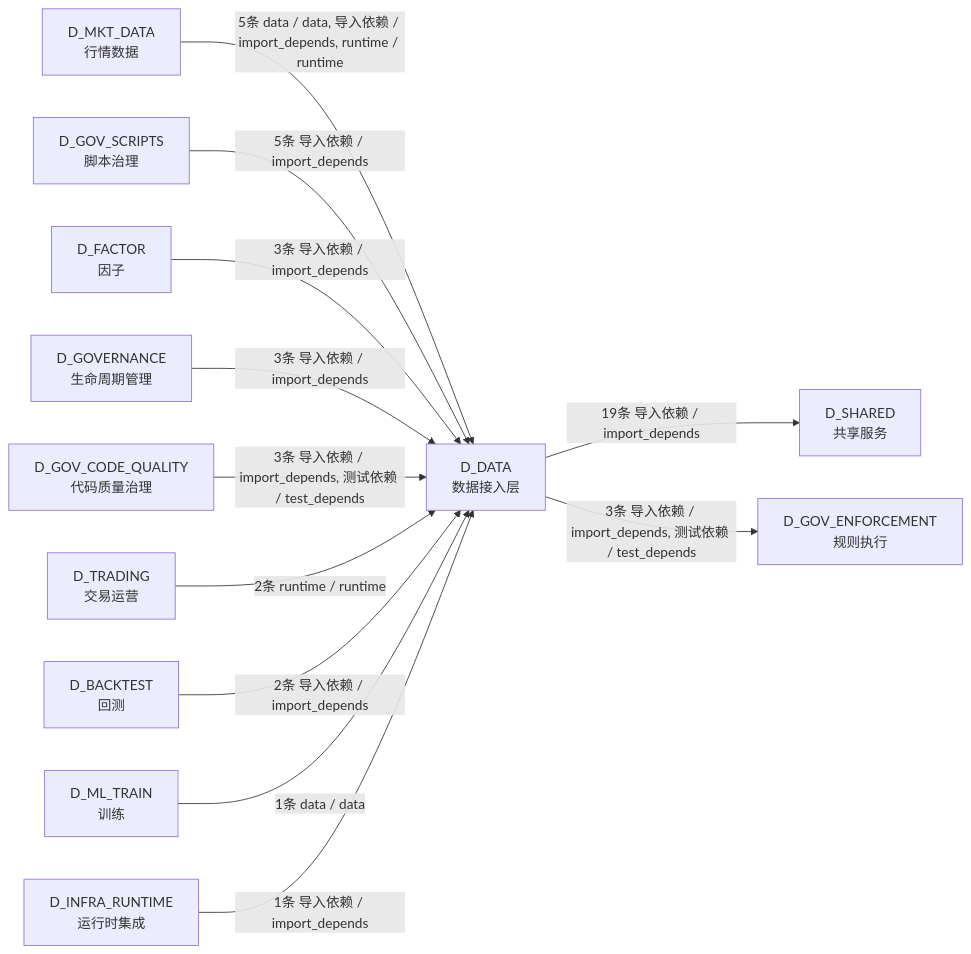
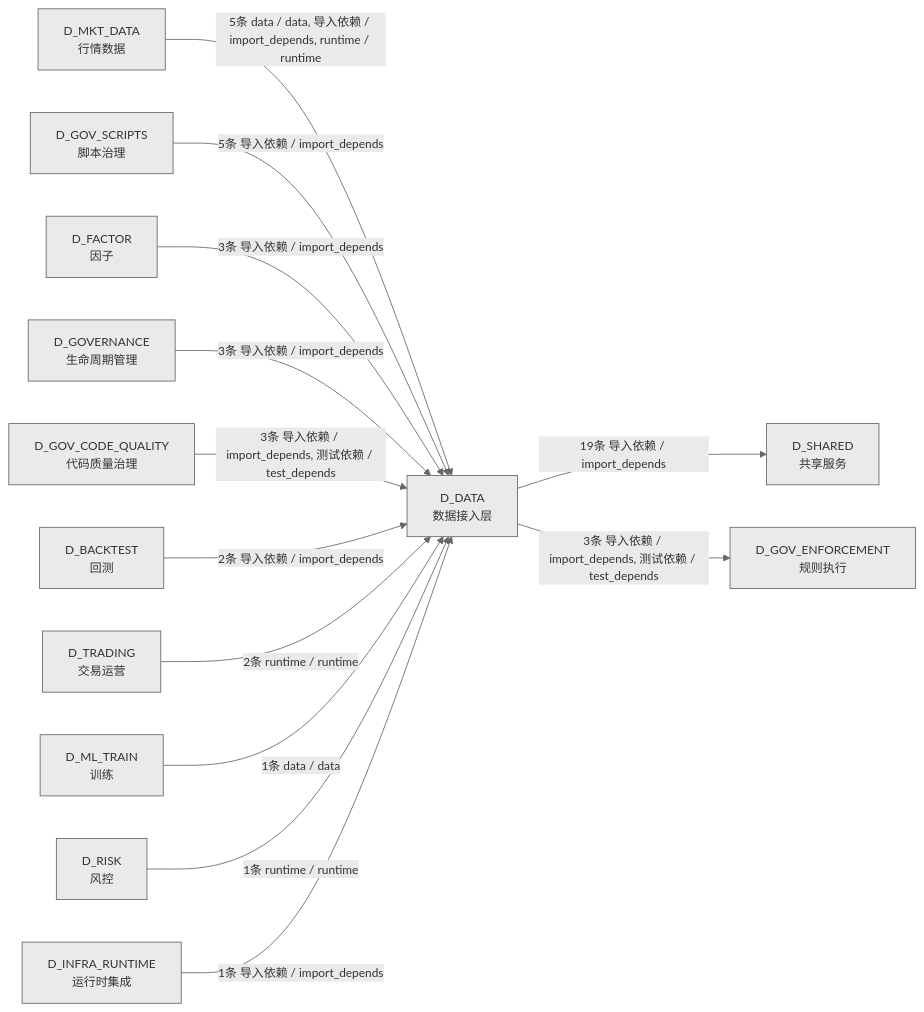
The ninth of 9 diagrams in docs/02_enterprise_architecture/02_domain_architecture_docs/11_d_data.md (xuanFelixVan/ZephyrAlpha), drawn with Mermaid before and after one commit. The commit also changed other lines of this file and 76 other files, not shown here.

````diff
--- a/docs/02_enterprise_architecture/02_domain_architecture_docs/11_d_data.md
+++ b/docs/02_enterprise_architecture/02_domain_architecture_docs/11_d_data.md
@@ -1195,26 +1490,29 @@
 ```mermaid
+%%{init: {'theme': 'base', 'themeVariables': {'primaryColor': '#eaeaea', 'primaryTextColor': '#333333', 'primaryBorderColor': '#666666', 'lineColor': '#666666', 'secondaryColor': '#eaeaea', 'tertiaryColor': '#eaeaea', 'fontSize': '14px'}}}%%
 graph LR
     D_DATA["D_DATA<br/>数据接入层"]
     D_SHARED["D_SHARED<br/>共享服务"]
     D_GOV_ENFORCEMENT["D_GOV_ENFORCEMENT<br/>规则执行"]
     D_MKT_DATA["D_MKT_DATA<br/>行情数据"]
     D_GOV_SCRIPTS["D_GOV_SCRIPTS<br/>脚本治理"]
     D_FACTOR["D_FACTOR<br/>因子"]
     D_GOVERNANCE["D_GOVERNANCE<br/>生命周期管理"]
     D_GOV_CODE_QUALITY["D_GOV_CODE_QUALITY<br/>代码质量治理"]
+    D_BACKTEST["D_BACKTEST<br/>回测"]
     D_TRADING["D_TRADING<br/>交易运营"]
-    D_BACKTEST["D_BACKTEST<br/>回测"]
     D_ML_TRAIN["D_ML_TRAIN<br/>训练"]
+    D_RISK["D_RISK<br/>风控"]
     D_INFRA_RUNTIME["D_INFRA_RUNTIME<br/>运行时集成"]
     D_DATA -->|19条 导入依赖 / import_depends| D_SHARED
     D_DATA -->|3条 导入依赖 / import_depends, 测试依赖 / test_depends| D_GOV_ENFORCEMENT
     D_MKT_DATA -->|5条 data / data, 导入依赖 / import_depends, runtime / runtime| D_DATA
     D_GOV_SCRIPTS -->|5条 导入依赖 / import_depends| D_DATA
     D_FACTOR -->|3条 导入依赖 / import_depends| D_DATA
     D_GOVERNANCE -->|3条 导入依赖 / import_depends| D_DATA
     D_GOV_CODE_QUALITY -->|3条 导入依赖 / import_depends, 测试依赖 / test_depends| D_DATA
+    D_BACKTEST -->|2条 导入依赖 / import_depends| D_DATA
     D_TRADING -->|2条 runtime / runtime| D_DATA
-    D_BACKTEST -->|2条 导入依赖 / import_depends| D_DATA
     D_ML_TRAIN -->|1条 data / data| D_DATA
+    D_RISK -->|1条 runtime / runtime| D_DATA
     D_INFRA_RUNTIME -->|1条 导入依赖 / import_depends| D_DATA
 ```
````
